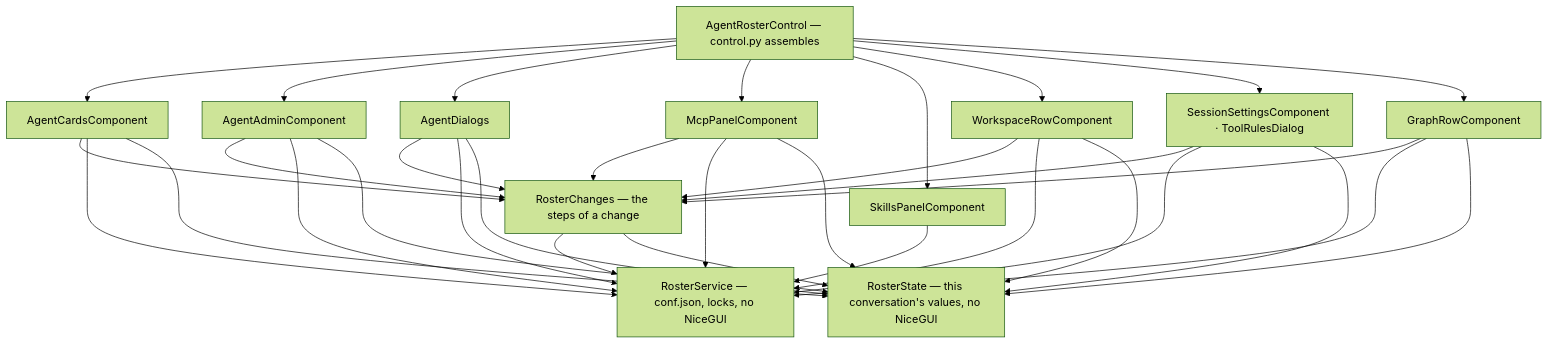
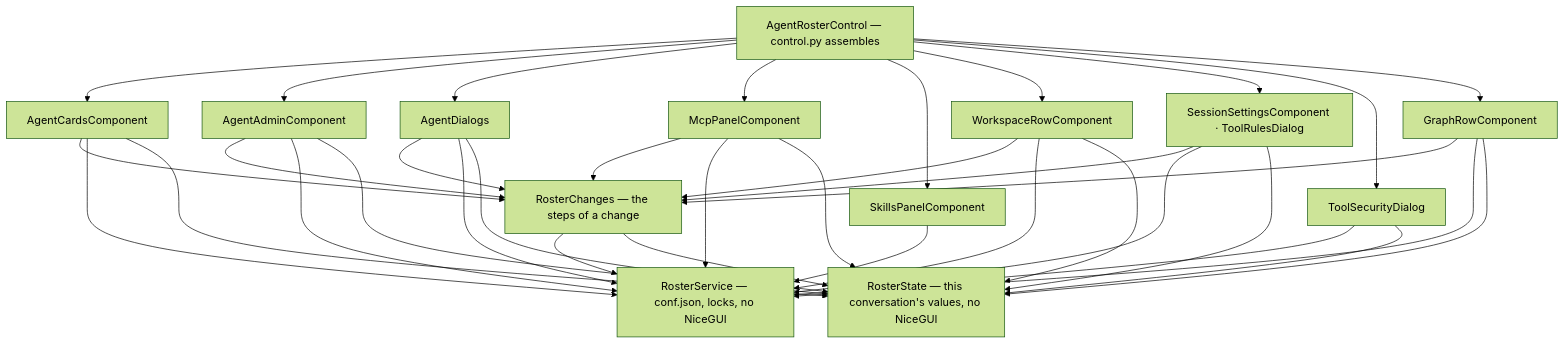
The second of 2 diagrams in wiki/architecture/module-boundaries.md (HaJaehee/MultiAgentDebateAndOrchestrationPlatform), drawn with Mermaid (forest theme) before and after one commit. The commit also changed 15 other files, not shown here.

````diff
--- a/wiki/architecture/module-boundaries.md
+++ b/wiki/architecture/module-boundaries.md
@@ -208,16 +208,17 @@
 ```mermaid
 flowchart TD
     Control["AgentRosterControl — control.py assembles"]
     Control --> Cards["AgentCardsComponent"]
     Control --> Admin["AgentAdminComponent"]
     Control --> Dialogs["AgentDialogs"]
     Control --> Mcp["McpPanelComponent"]
     Control --> Skills["SkillsPanelComponent"]
     Control --> Workspace["WorkspaceRowComponent"]
     Control --> Settings["SessionSettingsComponent · ToolRulesDialog"]
+    Control --> Security["ToolSecurityDialog"]
     Control --> Graph["GraphRowComponent"]
     Cards & Admin & Dialogs & Mcp & Workspace & Settings & Graph --> Changes["RosterChanges — the steps of a change"]
-    Cards & Admin & Dialogs & Mcp & Skills & Workspace & Settings & Graph --> Service["RosterService — conf.json, locks, no NiceGUI"]
+    Cards & Admin & Dialogs & Mcp & Skills & Workspace & Settings & Security & Graph --> Service["RosterService — conf.json, locks, no NiceGUI"]
     Changes --> Service
-    Cards & Admin & Dialogs & Mcp & Workspace & Settings & Graph & Changes --> State["RosterState — this conversation's values, no NiceGUI"]
+    Cards & Admin & Dialogs & Mcp & Workspace & Settings & Security & Graph & Changes --> State["RosterState — this conversation's values, no NiceGUI"]
 ```
````
